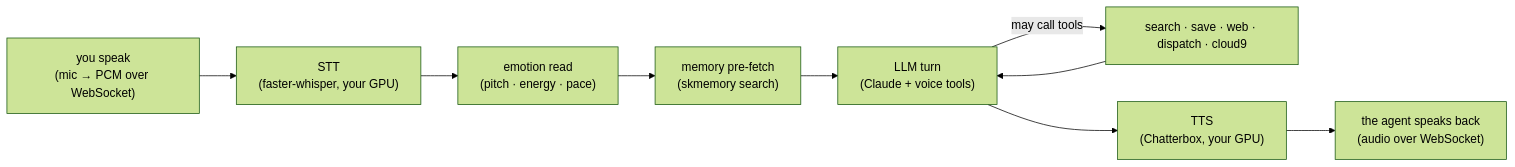
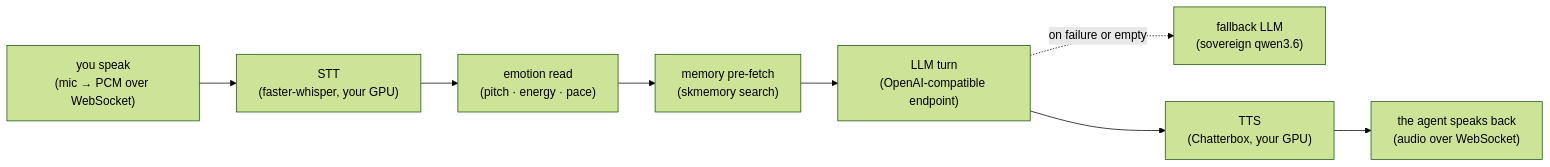
Before and after one commit to smilinTux/skvoice: the first of 2 diagrams in README.md, drawn with Mermaid (forest theme). The commit also changed other lines of this file and 10 other files, not shown here.

````diff
--- a/README.md
+++ b/README.md
@@ -24,11 +24,10 @@
 ```mermaid
 flowchart LR
     MIC["you speak<br/>(mic → PCM over WebSocket)"] --> STT["STT<br/>(faster-whisper, your GPU)"]
     STT --> EMO["emotion read<br/>(pitch · energy · pace)"]
     EMO --> MEM["memory pre-fetch<br/>(skmemory search)"]
-    MEM --> LLM["LLM turn<br/>(Claude + voice tools)"]
-    LLM -->|"may call tools"| TOOLS["search · save · web · dispatch · cloud9"]
-    TOOLS --> LLM
+    MEM --> LLM["LLM turn<br/>(OpenAI-compatible endpoint)"]
+    LLM -.->|"on failure or empty"| FB["fallback LLM<br/>(sovereign qwen3.6)"]
     LLM --> TTS["TTS<br/>(Chatterbox, your GPU)"]
     TTS --> SPK["the agent speaks back<br/>(audio over WebSocket)"]
 ```
````
